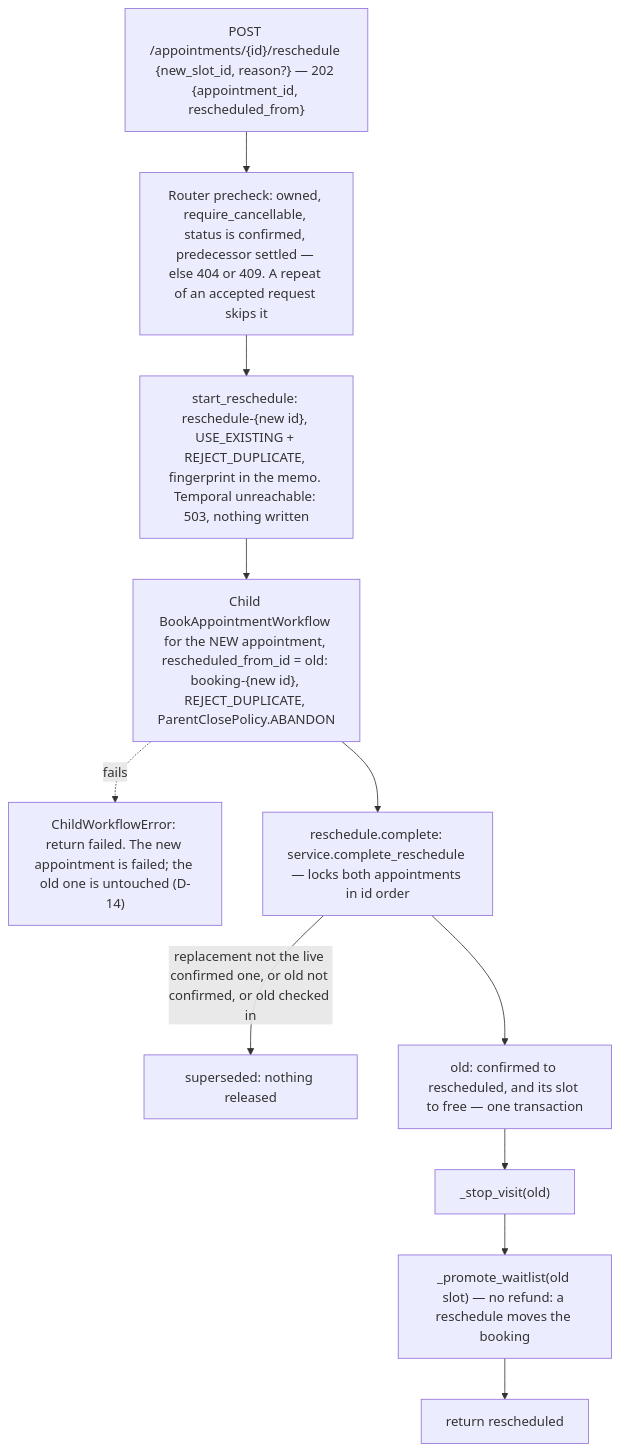
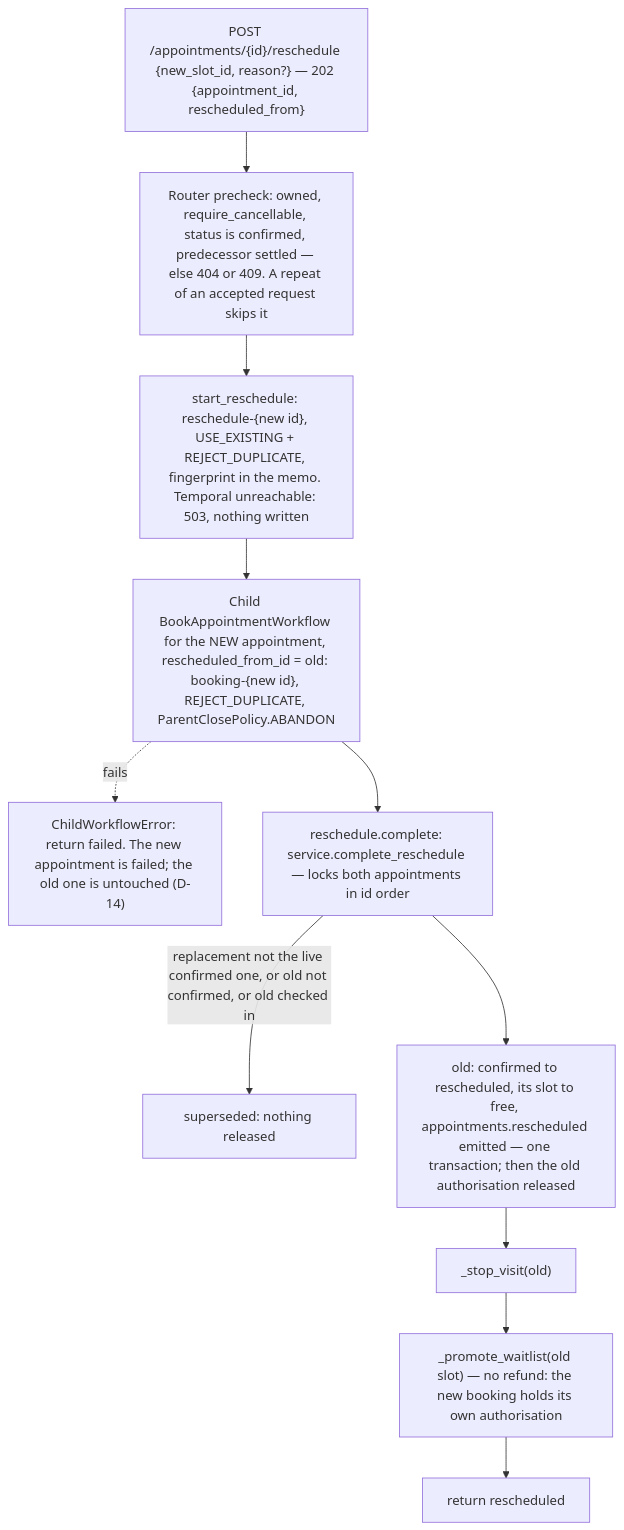
Diagram 14 of 15 in docs/ARCHITECTURE.md (sadainiqrar/smarthealth), drawn with Mermaid before and after one commit. The commit also changed other lines of this file and 3 other files, not shown here.

````diff
--- a/docs/ARCHITECTURE.md
+++ b/docs/ARCHITECTURE.md
@@ -1499,20 +1752,20 @@
 ```mermaid
 flowchart TD
     req["POST /appointments/{id}/reschedule {new_slot_id, reason?} — 202 {appointment_id, rescheduled_from}"]
     pre["Router precheck: owned, require_cancellable, status is confirmed, predecessor settled — else 404 or 409. A repeat of an accepted request skips it"]
     start["start_reschedule: reschedule-{new id}, USE_EXISTING + REJECT_DUPLICATE, fingerprint in the memo. Temporal unreachable: 503, nothing written"]
     child["Child BookAppointmentWorkflow for the NEW appointment, rescheduled_from_id = old: booking-{new id}, REJECT_DUPLICATE, ParentClosePolicy.ABANDON"]
     failed["ChildWorkflowError: return failed. The new appointment is failed; the old one is untouched (D-14)"]
     complete["reschedule.complete: service.complete_reschedule — locks both appointments in id order"]
     super["superseded: nothing released"]
-    release["old: confirmed to rescheduled, and its slot to free — one transaction"]
+    release["old: confirmed to rescheduled, its slot to free, appointments.rescheduled emitted — one transaction; then the old authorisation released"]
     stop["_stop_visit(old)"]
-    promote["_promote_waitlist(old slot) — no refund: a reschedule moves the booking"]
+    promote["_promote_waitlist(old slot) — no refund: the new booking holds its own authorisation"]
     done["return rescheduled"]
 
     req --> pre --> start --> child
     child -. fails .-> failed
     child --> complete
     complete -->|"replacement not the live confirmed one, or old not confirmed, or old checked in"| super
     complete --> release --> stop --> promote --> done
 ```
````
